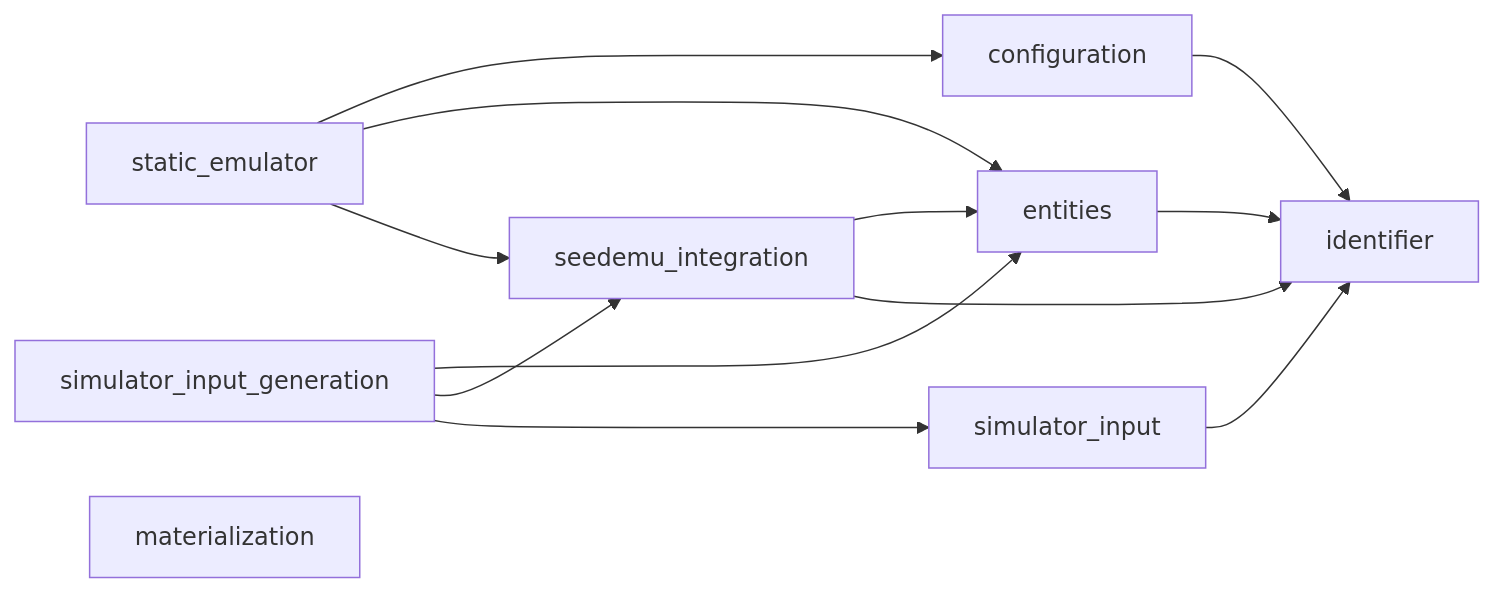
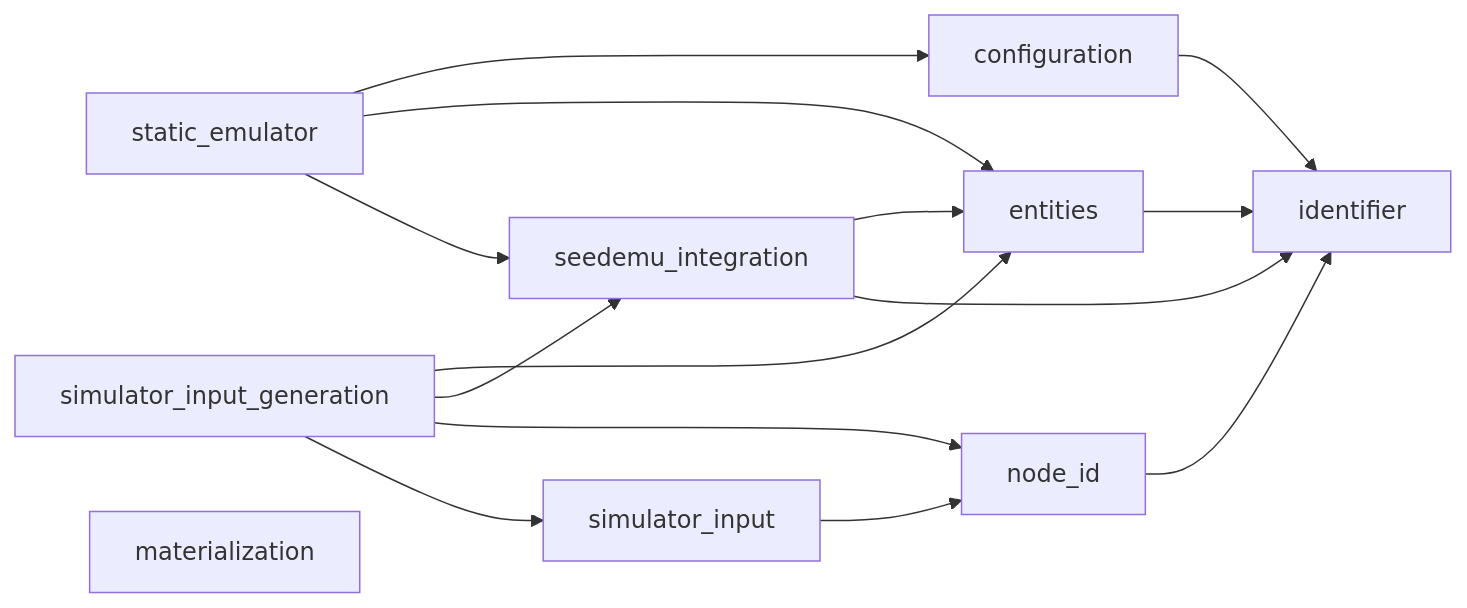
One commit to seed-labs/skyseed changed the first of 7 diagrams in skyseed_v2/docs/architecture/diagrams.md. Above: the diagram before and after it, drawn with Mermaid. The commit also changed other lines of this file and 47 other files, not shown here.

````diff
--- a/skyseed_v2/docs/architecture/diagrams.md
+++ b/skyseed_v2/docs/architecture/diagrams.md
@@ -8,23 +8,26 @@
 ```mermaid
 flowchart LR
     ENT[entities]
     SEED[seedemu_integration]
     INPUT[simulator_input]
     CONFIG[configuration]
     CREATE[static_emulator]
     GENERATE[simulator_input_generation]
     MAT[materialization]
+    NODEID[node_id]
     ID[identifier]
 
     SEED --> ENT
     ENT --> ID
     SEED --> ID
-    INPUT --> ID
+    NODEID --> ID
+    INPUT --> NODEID
     CONFIG --> ID
     CREATE --> CONFIG
     CREATE --> ENT
     CREATE --> SEED
     GENERATE --> ENT
     GENERATE --> SEED
+    GENERATE --> NODEID
     GENERATE --> INPUT
 ```
````
